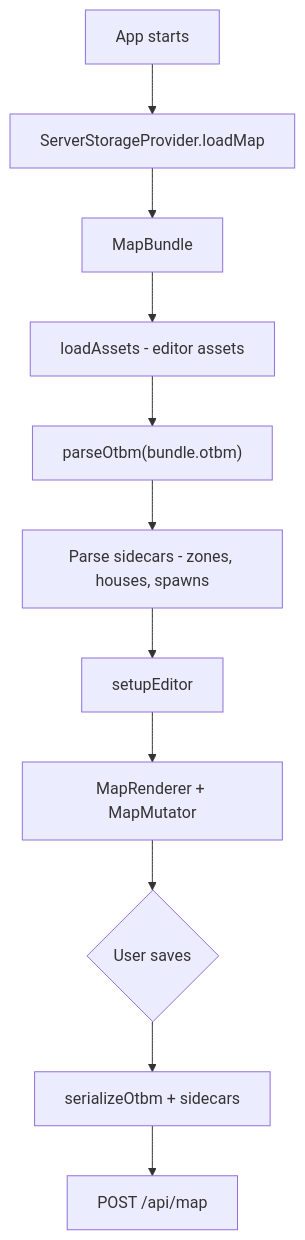
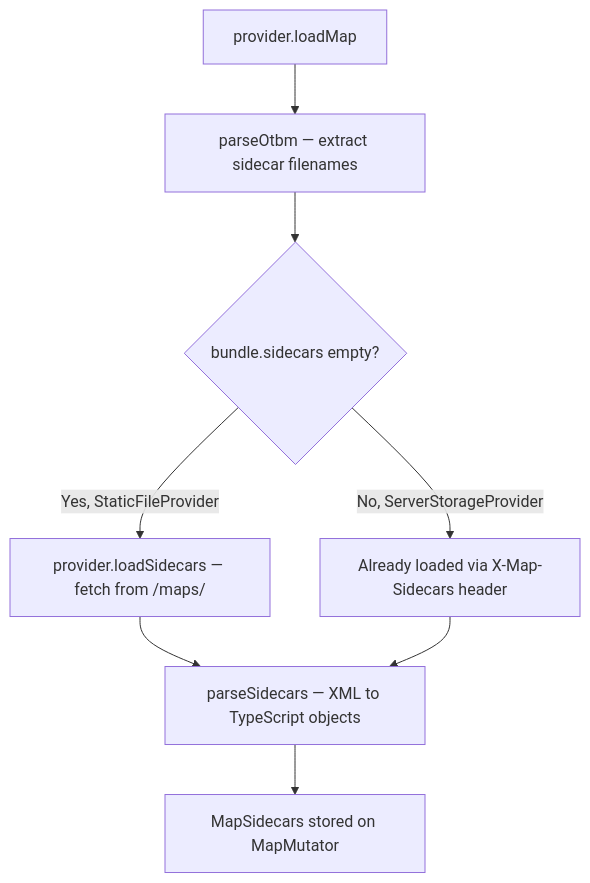
Before and after one commit to knobik/yatme: the second of 3 diagrams in MAP_IO_RESEARCH.md, drawn with Mermaid. The commit also changed other lines of this file and 14 other files, not shown here.

Commit message:
Add `sidecars.ts` utility module for parsing and serializing map sidecar XMLs (houses, spawns, zones). Integrate sidecar handling into storage providers and map loading pipeline. Implement server support for sidecar file I/O and update tests to ensure round-trip consistency.

````diff
--- a/MAP_IO_RESEARCH.md
+++ b/MAP_IO_RESEARCH.md
@@ -106,14 +77,10 @@
 ```mermaid
 flowchart TD
-    A[App starts] --> B[ServerStorageProvider.loadMap]
-    B --> C[MapBundle]
-    C --> D[loadAssets - editor assets]
-    D --> E["parseOtbm(bundle.otbm)"]
-    E --> F[Parse sidecars - zones, houses, spawns]
-    F --> G[setupEditor]
-    G --> H[MapRenderer + MapMutator]
-
-    H --> I{User saves}
-    I --> J[serializeOtbm + sidecars]
-    J --> K[POST /api/map]
+    A[provider.loadMap] --> B[parseOtbm — extract sidecar filenames]
+    B --> C{bundle.sidecars empty?}
+    C -->|Yes, StaticFileProvider| D[provider.loadSidecars — fetch from /maps/]
+    C -->|No, ServerStorageProvider| E[Already loaded via X-Map-Sidecars header]
+    D --> F[parseSidecars — XML to TypeScript objects]
+    E --> F
+    F --> G[MapSidecars stored on MapMutator]
 ```
````
